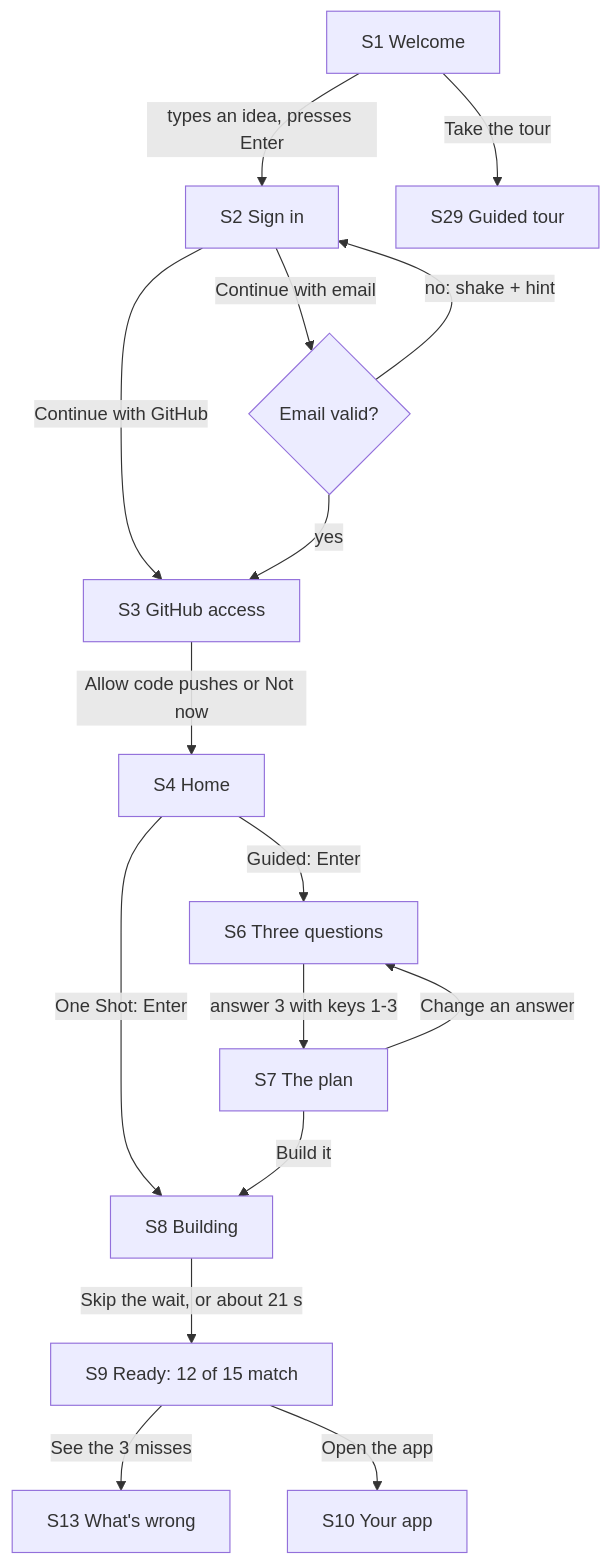
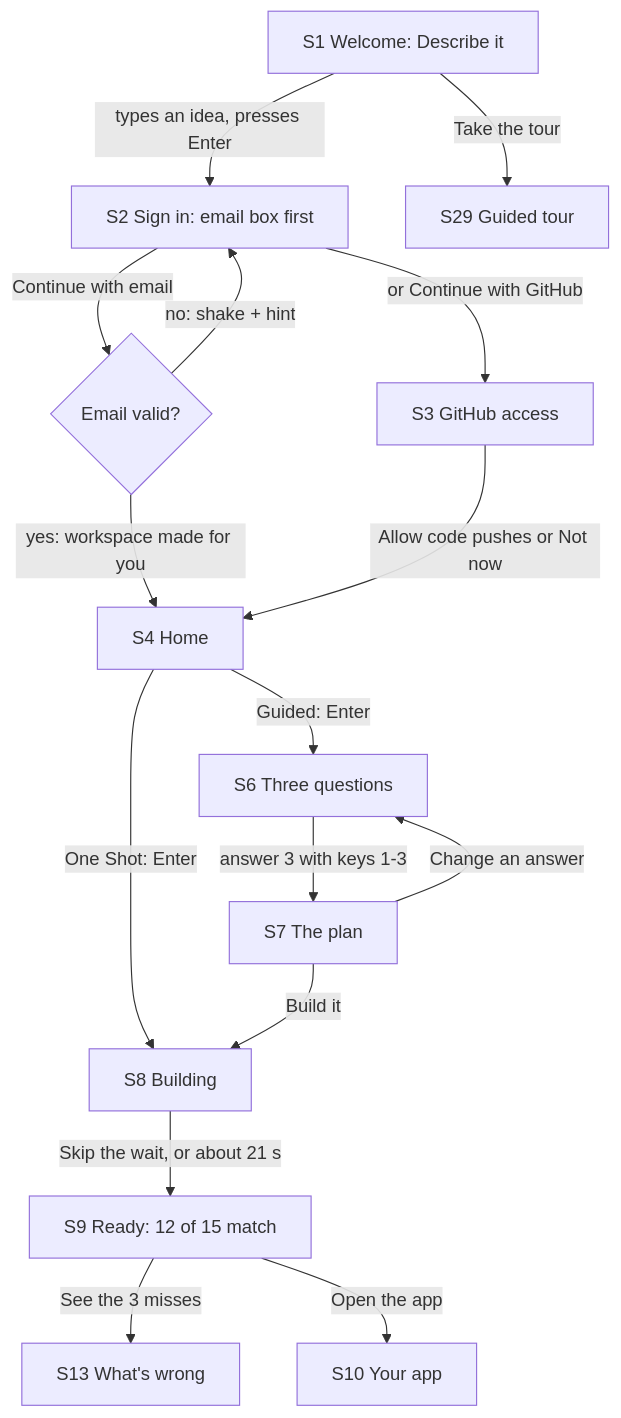
Before and after one commit to VVRaider23/Architect-2.0: the first of 7 diagrams in docs/journeys.md, drawn with Mermaid. The commit also changed other lines of this file and 27 other files, not shown here.

First line of the commit message:
One app, two ways in: Describe it or Bring your code, plus a Developer tools switch

````diff
--- a/docs/journeys.md
+++ b/docs/journeys.md
@@ -21,18 +21,18 @@
 ```mermaid
 flowchart TD
-    S1[S1 Welcome] -->|types an idea, presses Enter| S2[S2 Sign in]
+    S1[S1 Welcome: Describe it] -->|types an idea, presses Enter| S2[S2 Sign in: email box first]
     S1 -->|Take the tour| T[S29 Guided tour]
-    S2 -->|Continue with GitHub| S3[S3 GitHub access]
     S2 -->|Continue with email| E{Email valid?}
     E -->|no: shake + hint| S2
-    E -->|yes| S3
-    S3 -->|Allow code pushes or Not now| S4[S4 Home]
+    E -->|yes: workspace made for you| S4[S4 Home]
+    S2 -->|or Continue with GitHub| S3[S3 GitHub access]
+    S3 -->|Allow code pushes or Not now| S4
     S4 -->|Guided: Enter| S6[S6 Three questions]
     S4 -->|One Shot: Enter| S8[S8 Building]
     S6 -->|answer 3 with keys 1-3| S7[S7 The plan]
     S7 -->|Change an answer| S6
     S7 -->|Build it| S8
     S8 -->|Skip the wait, or about 21 s| S9[S9 Ready: 12 of 15 match]
     S9 -->|See the 3 misses| S13[S13 What's wrong]
     S9 -->|Open the app| S10[S10 Your app]
 ```
````
